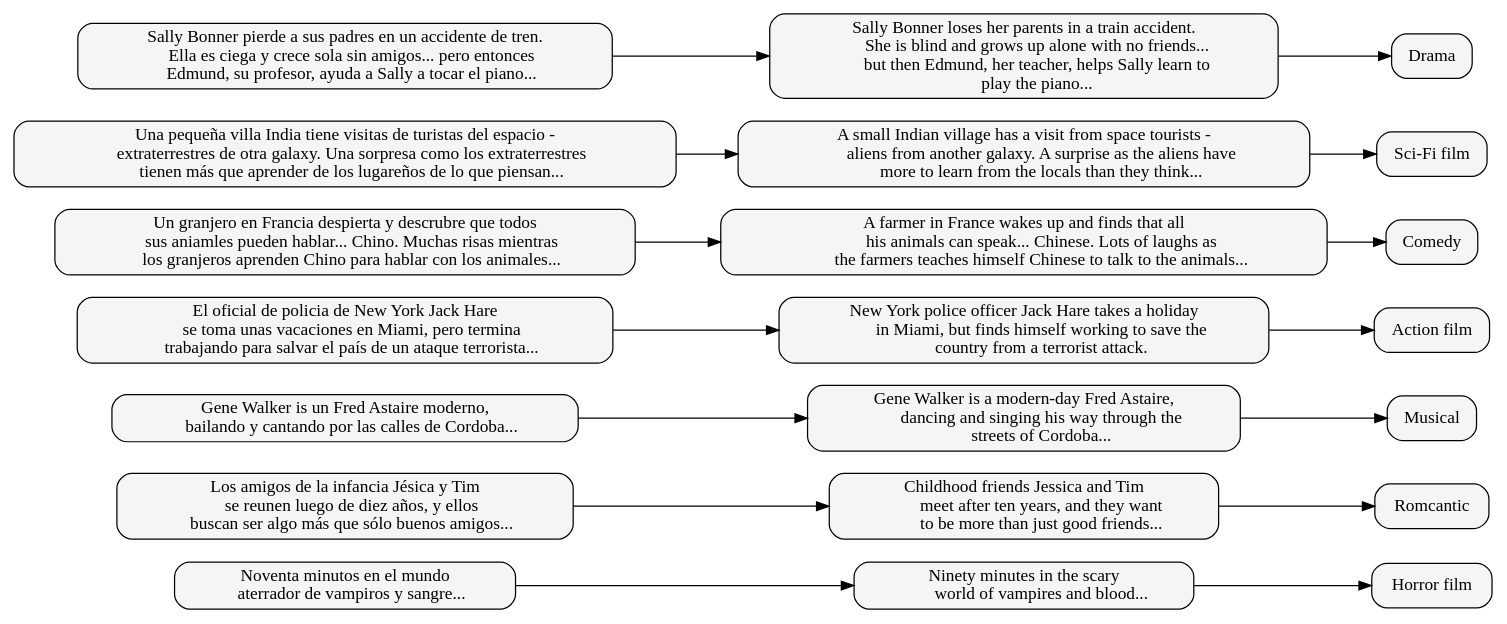
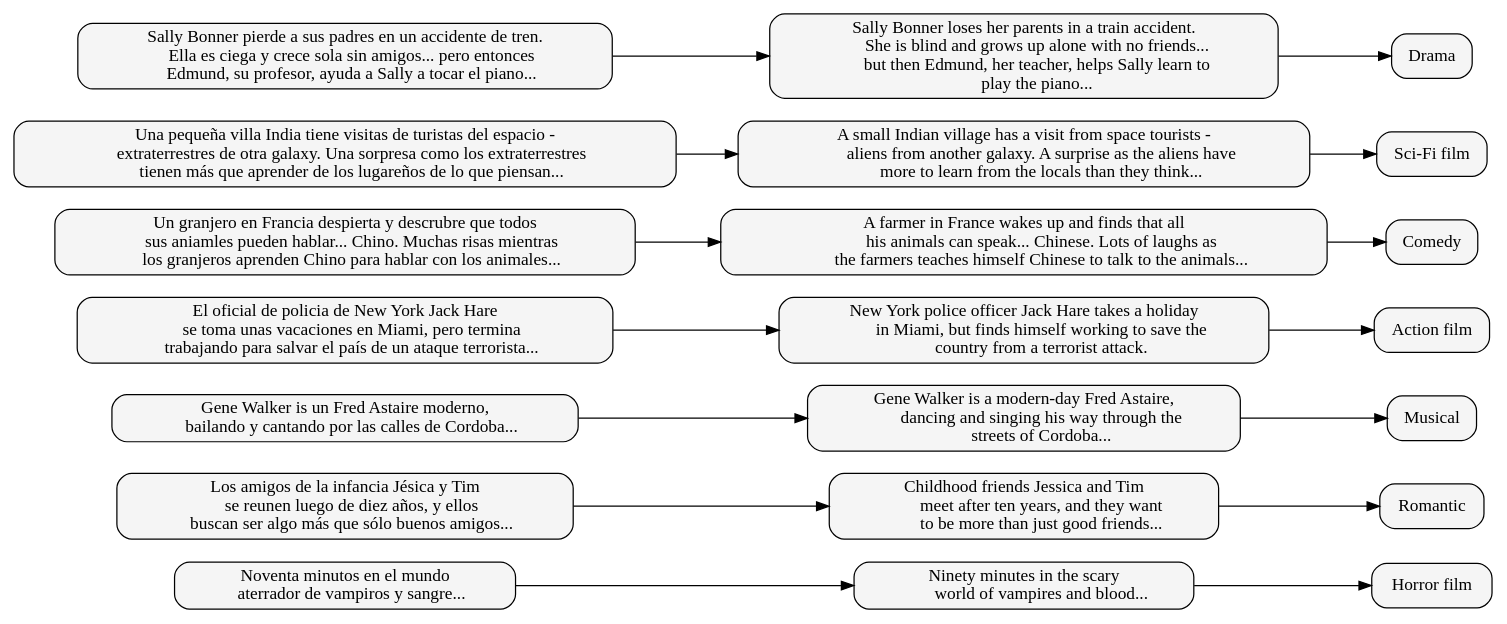
One commit to 1nv1/CulturalInglesa changed diagram 12 of 16 in 2nd/index.org. Above: the diagram before and after it, drawn with Graphviz. The commit also changed other lines of this file and 2 other files, not shown here.

```diff
--- a/2nd/index.org
+++ b/2nd/index.org
@@ -494,65 +494,65 @@
 #+BEGIN_SRC dot :file ./img/u83_examples.svg :cmdline -Kdot -Tsvg
   digraph { rankdir = LR; node [ style = "rounded, filled", fillcolor = "gray96", shape = box]; overlap = false;
     subgraph {
       "Noventa minutos en el mundo
       aterrador de vampiros y sangre..."
         -> "Ninety minutes in the scary
            world of vampires and blood..."
         -> "Horror film";
     }
     subgraph {
       "Los amigos de la infancia Jésica y Tim
       se reunen luego de diez años, y ellos
       buscan ser algo más que sólo buenos amigos..."
         -> "Childhood friends Jessica and Tim
            meet after ten years, and they want
            to be more than just good friends..."
-        -> "Romcantic";
+        -> "Romantic";
     }
     subgraph {
       "Gene Walker is un Fred Astaire moderno,
       bailando y cantando por las calles de Cordoba..."
         -> "Gene Walker is a modern-day Fred Astaire,
            dancing and singing his way through the
            streets of Cordoba..."
         -> "Musical";
     }
     subgraph {
       "El oficial de policia de New York Jack Hare
       se toma unas vacaciones en Miami, pero termina
       trabajando para salvar el país de un ataque terrorista..."
         -> "New York police officer Jack Hare takes a holiday
            in Miami, but finds himself working to save the
            country from a terrorist attack."
         -> "Action film";
     }
     subgraph {
       "Un granjero en Francia despierta y descrubre que todos
       sus aniamles pueden hablar... Chino. Muchas risas mientras
       los granjeros aprenden Chino para hablar con los animales..."
         -> "A farmer in France wakes up and finds that all
            his animals can speak... Chinese. Lots of laughs as
            the farmers teaches himself Chinese to talk to the animals..."
         -> "Comedy";
     }
     subgraph {
       "Una pequeña villa India tiene visitas de turistas del espacio -
       extraterrestres de otra galaxy. Una sorpresa como los extraterrestres
       tienen más que aprender de los lugareños de lo que piensan..."
         -> "A small Indian village has a visit from space tourists -
            aliens from another galaxy. A surprise as the aliens have
            more to learn from the locals than they think..."
         -> "Sci-Fi film";
     }
     subgraph {
       "Sally Bonner pierde a sus padres en un accidente de tren.
       Ella es ciega y crece sola sin amigos... pero entonces
       Edmund, su profesor, ayuda a Sally a tocar el piano..." 
       -> "Sally Bonner loses her parents in a train accident.
          She is blind and grows up alone with no friends...
          but then Edmund, her teacher, helps Sally learn to
          play the piano..."
       -> "Drama"
     }
   }
 #+END_SRC
```
